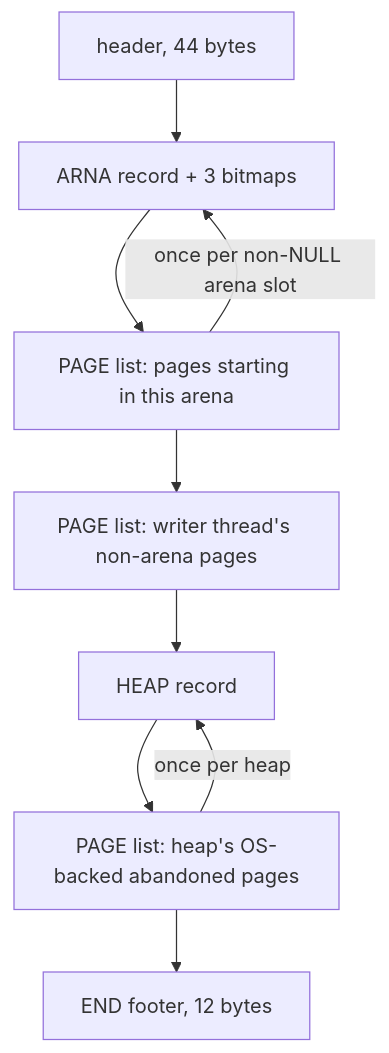
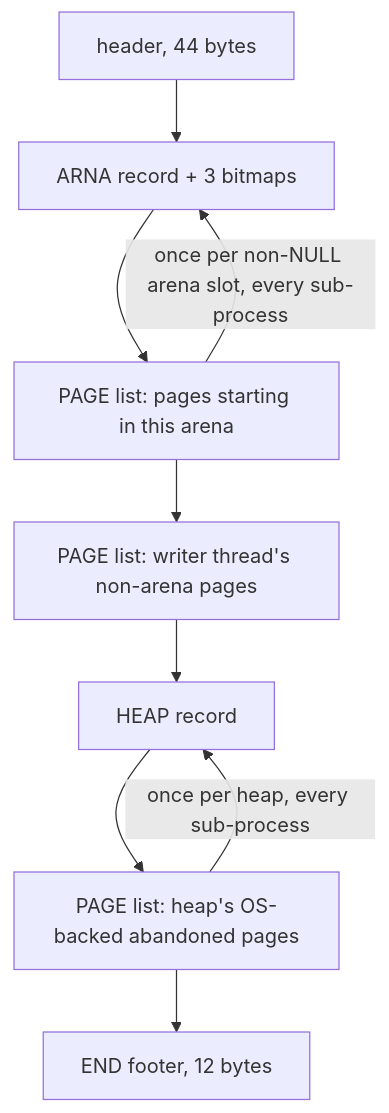
The diagram in docs/heap-snapshot.md (Nosenzor/mimalloc-pprof), drawn with Mermaid before and after one commit. The commit also changed other lines of this file and 1 other file, not shown here.

````diff
--- a/docs/heap-snapshot.md
+++ b/docs/heap-snapshot.md
@@ -131,11 +131,11 @@
 ```mermaid
 graph TD
   H["header, 44 bytes"] --> A["ARNA record + 3 bitmaps"]
   A --> AP["PAGE list: pages starting in this arena"]
-  AP -->|"once per non-NULL arena slot"| A
+  AP -->|"once per non-NULL arena slot, every sub-process"| A
   AP --> OP["PAGE list: writer thread's non-arena pages"]
   OP --> HP["HEAP record"]
   HP --> HL["PAGE list: heap's OS-backed abandoned pages"]
-  HL -->|"once per heap"| HP
+  HL -->|"once per heap, every sub-process"| HP
   HL --> E["END footer, 12 bytes"]
 ```
````
